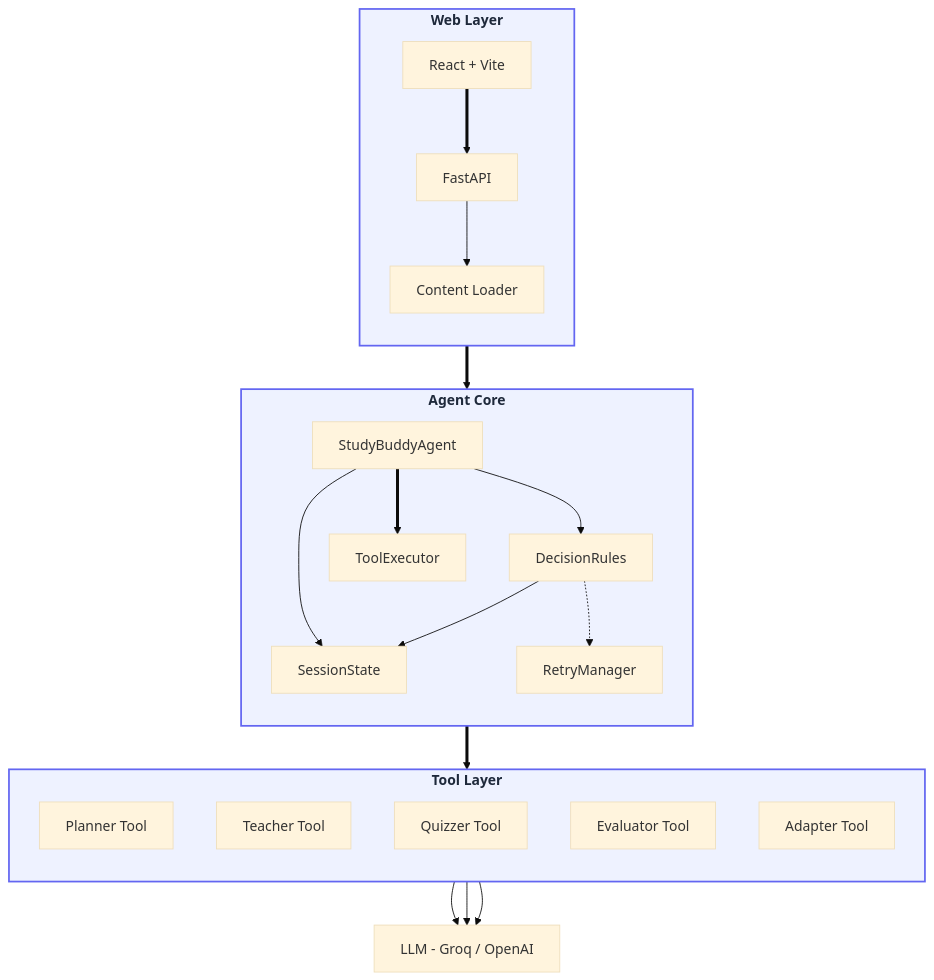
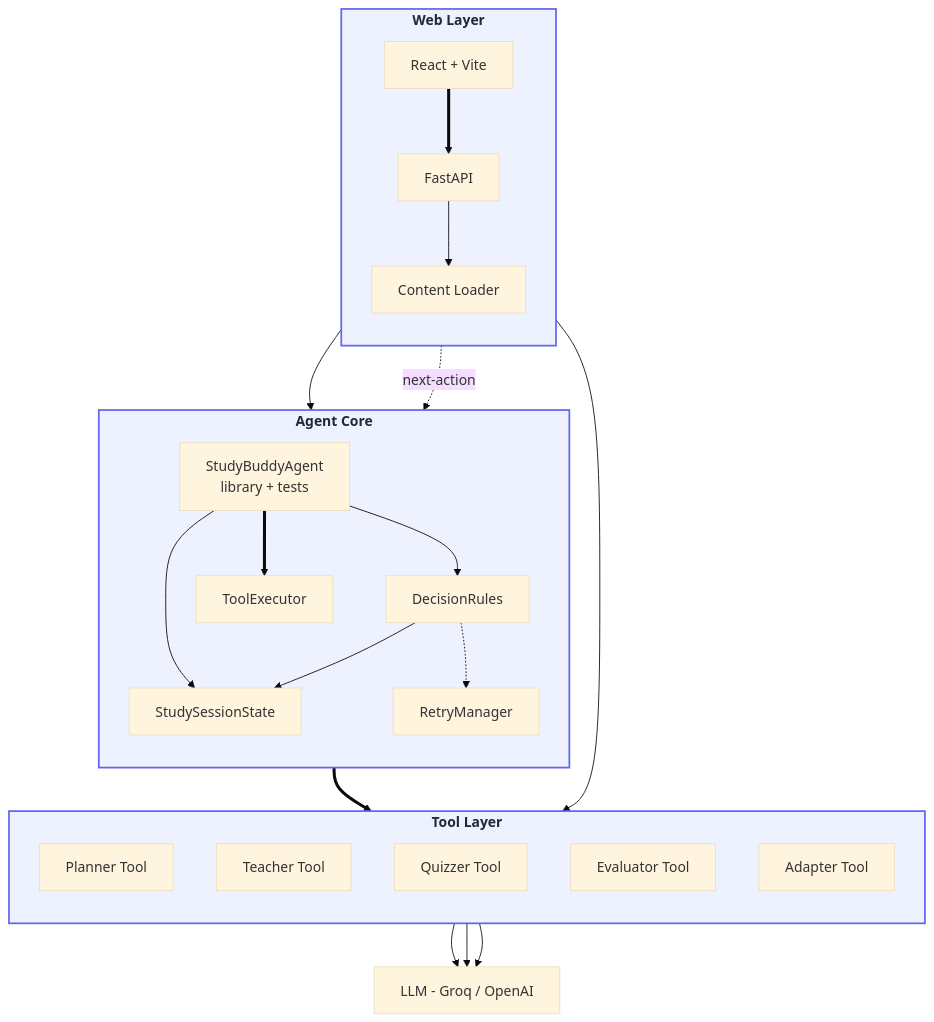
One commit to ebinzacharias/ez-agentic-study-buddy changed the diagram in README.md. Above: the diagram before and after it, drawn with Mermaid (base theme). The commit also changed other lines of this file and 1 other file, not shown here.

````diff
--- a/README.md
+++ b/README.md
@@ -49,46 +51,48 @@
 ```mermaid
 flowchart TD
     classDef layer fill:#EEF2FF,stroke:#6366F1,stroke-width:2px,color:#1E293B,font-weight:bold
 
     subgraph Web[Web Layer]
         direction TB
         UI[React + Vite]
         API[FastAPI]
         CL[Content Loader]
     end
 
     subgraph Agent[Agent Core]
         direction TB
-        SA[StudyBuddyAgent]
+        SA[StudyBuddyAgent<br/>library + tests]
         TE[ToolExecutor]
         DR[DecisionRules]
-        SM[SessionState]
+        SM[StudySessionState]
         RM[RetryManager]
     end
 
     subgraph Tools[Tool Layer]
         direction TB
         PT[Planner Tool]
         TT[Teacher Tool]
         QT[Quizzer Tool]
         ET[Evaluator Tool]
         AT[Adapter Tool]
     end
 
     LLM[LLM - Groq / OpenAI]
 
     UI ==> API
     API --> CL
-    API ==> SA
+    API --> SM
+    API --> Tools
+    API -.->|next-action| DR
     SA --> DR
     SA --> SM
     DR --> SM
     DR -.-> RM
     SA ==> TE
     TE ==> Tools
     PT --> LLM
     TT --> LLM
     QT --> LLM
 
     class Web,Agent,Tools layer
 ```
````
